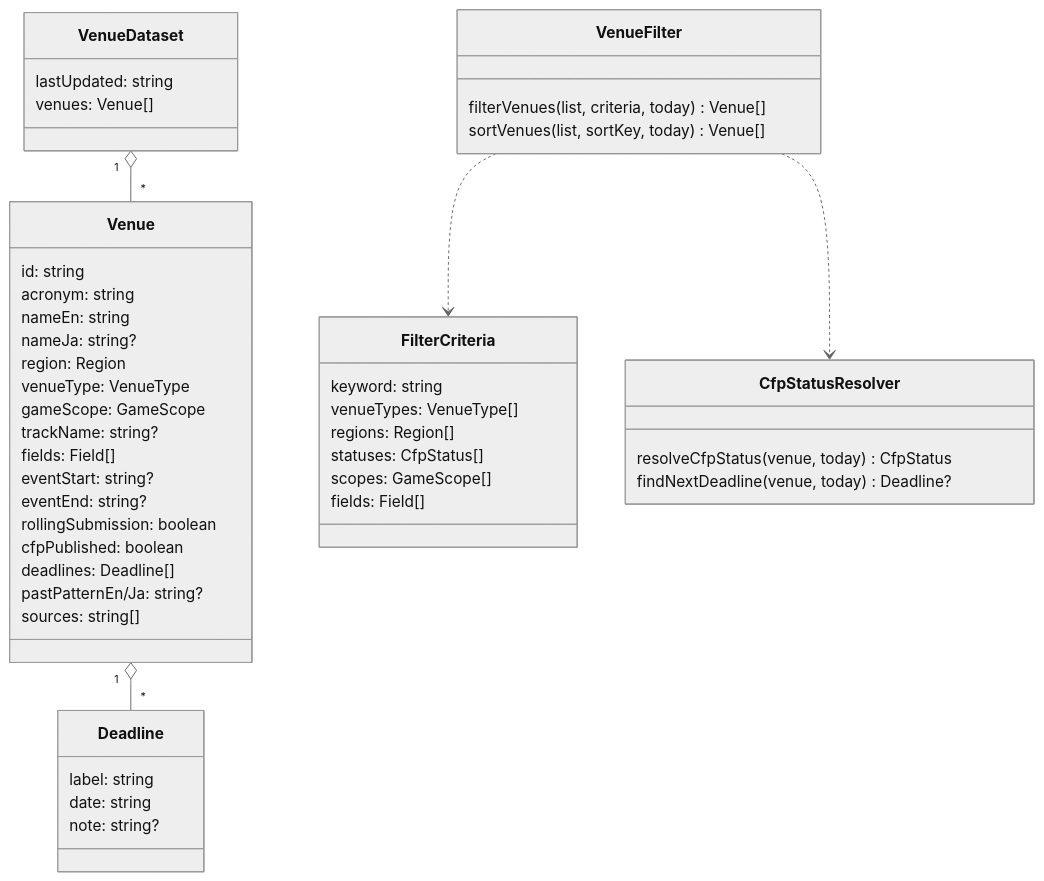
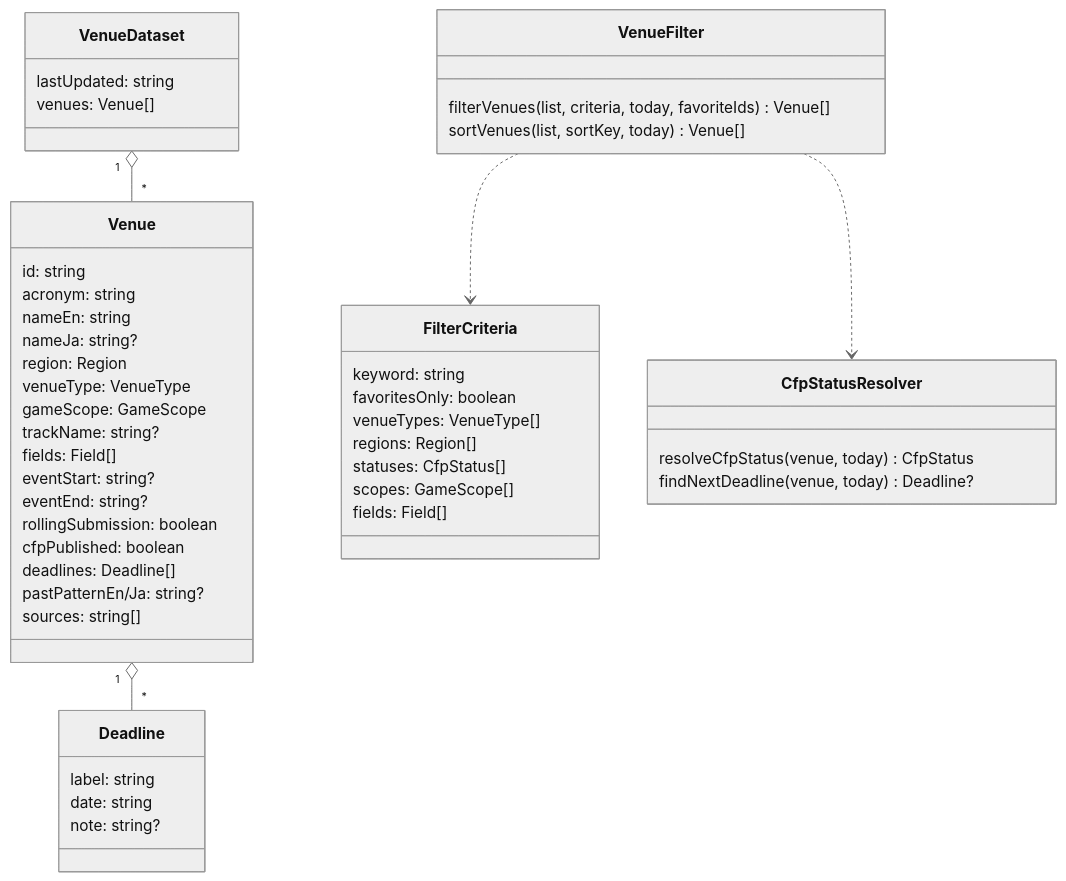
Before and after one commit to konbraphat51/GameRelatedCfPs: the first of 3 diagrams in Docs/Architecture.ja.md, drawn with Mermaid (neutral theme). The commit also changed other lines of this file and 3 other files, not shown here.

````diff
--- a/Docs/Architecture.ja.md
+++ b/Docs/Architecture.ja.md
@@ -37,50 +39,51 @@
 ```mermaid
 classDiagram
   class VenueDataset {
     lastUpdated: string
     venues: Venue[]
   }
   class Venue {
     id: string
     acronym: string
     nameEn: string
     nameJa: string?
     region: Region
     venueType: VenueType
     gameScope: GameScope
     trackName: string?
     fields: Field[]
     eventStart: string?
     eventEnd: string?
     rollingSubmission: boolean
     cfpPublished: boolean
     deadlines: Deadline[]
     pastPatternEn/Ja: string?
     sources: string[]
   }
   class Deadline {
     label: string
     date: string
     note: string?
   }
   class FilterCriteria {
     keyword: string
+    favoritesOnly: boolean
     venueTypes: VenueType[]
     regions: Region[]
     statuses: CfpStatus[]
     scopes: GameScope[]
     fields: Field[]
   }
   class CfpStatusResolver {
     resolveCfpStatus(venue, today) CfpStatus
     findNextDeadline(venue, today) Deadline?
   }
   class VenueFilter {
-    filterVenues(list, criteria, today) Venue[]
+    filterVenues(list, criteria, today, favoriteIds) Venue[]
     sortVenues(list, sortKey, today) Venue[]
   }
   VenueDataset "1" o-- "*" Venue
   Venue "1" o-- "*" Deadline
   VenueFilter ..> FilterCriteria
   VenueFilter ..> CfpStatusResolver
 ```
````
